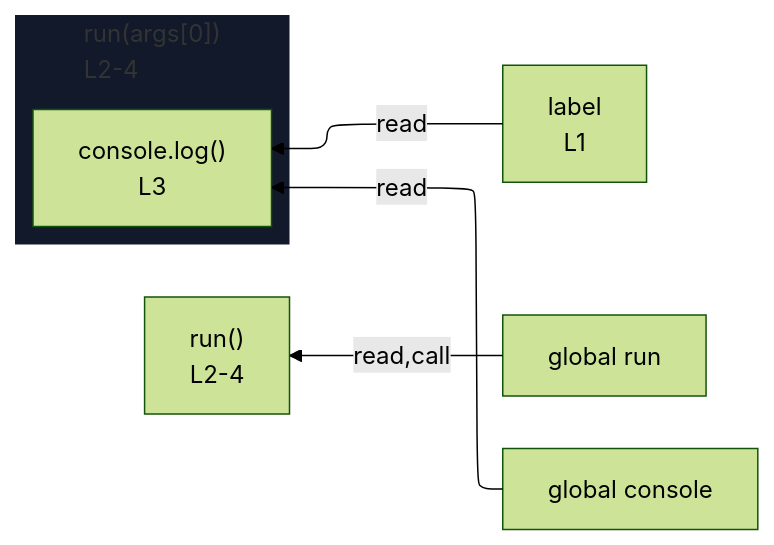
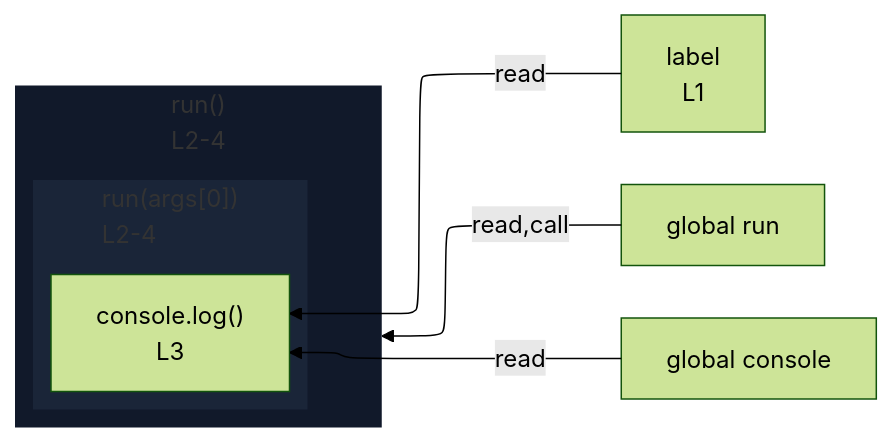
The diagram in integration/fixtures/expression-statement/call-with-callback/preview.md (crescware/unsnarl), drawn with Mermaid (forest theme) before and after one commit. The commit also changed 39 other files, not shown here.

````diff
--- a/integration/fixtures/expression-statement/call-with-callback/preview.md
+++ b/integration/fixtures/expression-statement/call-with-callback/preview.md
@@ -14,17 +14,21 @@
 ```mermaid
 %%{init: {"flowchart": {"defaultRenderer": "elk"}}}%%
 flowchart RL
   n_scope_0_label_6["label<br/>L1"]
   n_scope_0_run_23["global run"]
   n_scope_0_console_37["global console"]
-  subgraph s_scope_1["run(args[0])<br/>L2-4"]
+  subgraph expr_stmt_23["run()<br/>L2-4"]
     direction RL
-    expr_stmt_37["console.log()<br/>L3"]
+    subgraph s_scope_1["run(args[0])<br/>L2-4"]
+      direction RL
+      expr_stmt_37["console.log()<br/>L3"]
+    end
   end
   n_scope_0_run_23 -->|read,call| expr_stmt_23
   n_scope_0_console_37 -->|read| expr_stmt_37
   n_scope_0_label_6 -->|read| expr_stmt_37
-  expr_stmt_23["run()<br/>L2-4"]
   classDef nestL1 fill:#11192a,stroke:transparent;
-  class s_scope_1 nestL1;
+  class expr_stmt_23 nestL1;
+  classDef nestL2 fill:#1a2538,stroke:transparent;
+  class s_scope_1 nestL2;
 ```
````
